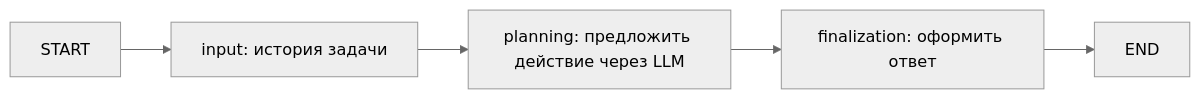
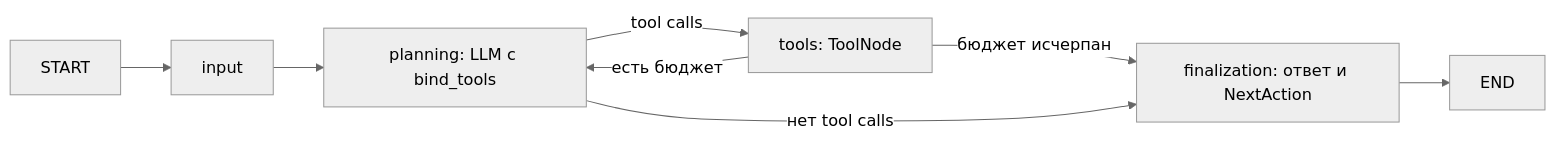
The diagram in docs/graph.md (nikita9725/agents), drawn with Mermaid (neutral theme) before and after one commit. The commit also changed other lines of this file and 41 other files, not shown here.

````diff
--- a/docs/graph.md
+++ b/docs/graph.md
@@ -3,7 +3,10 @@
 ```mermaid
 flowchart LR
-    START --> input[input: история задачи]
-    input --> planning[planning: предложить действие через LLM]
-    planning --> finalization[finalization: оформить ответ]
+    START --> input
+    input --> planning[planning: LLM с bind_tools]
+    planning -->|tool calls| tools[tools: ToolNode]
+    tools -->|есть бюджет| planning
+    tools -->|бюджет исчерпан| finalization
+    planning -->|нет tool calls| finalization[finalization: ответ и NextAction]
     finalization --> END
 ```
````
